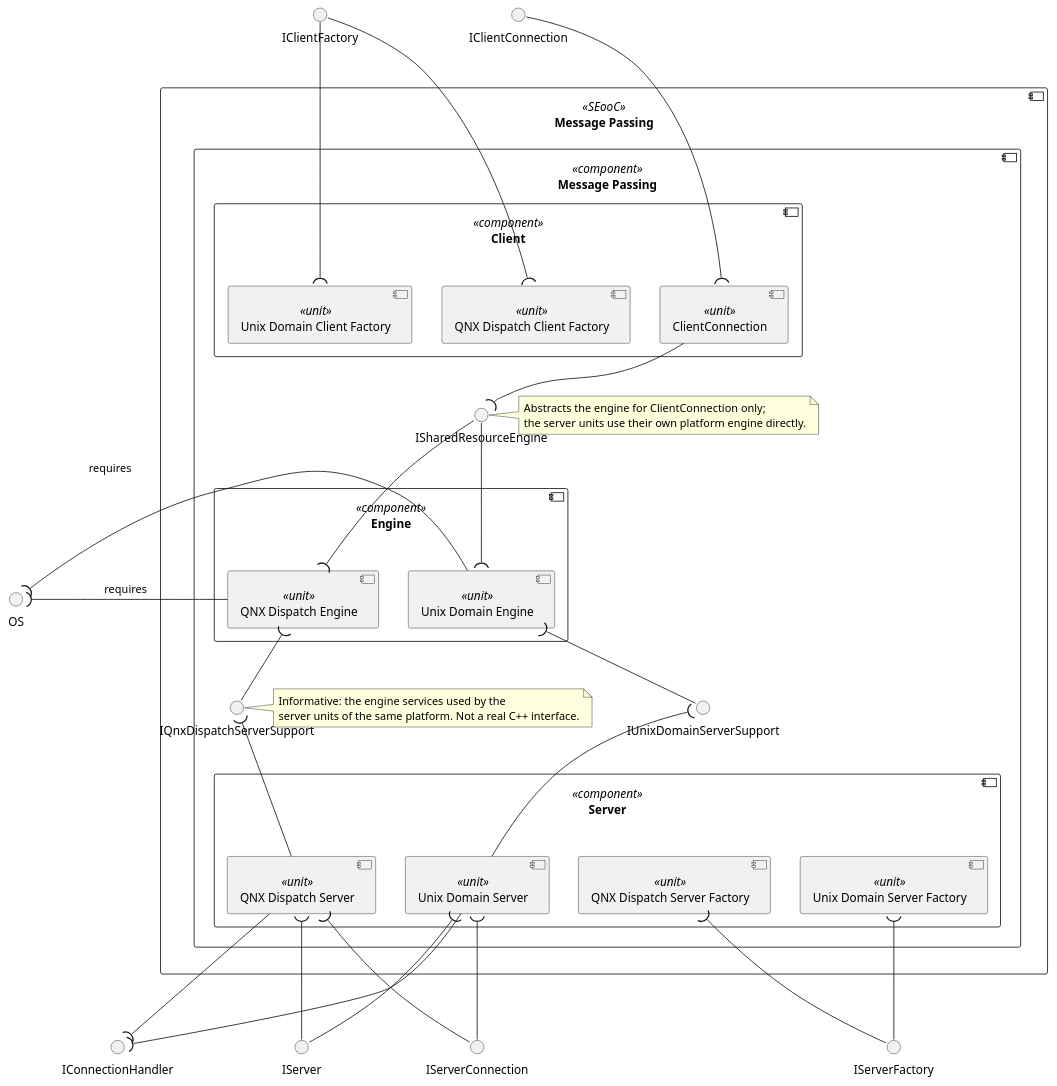
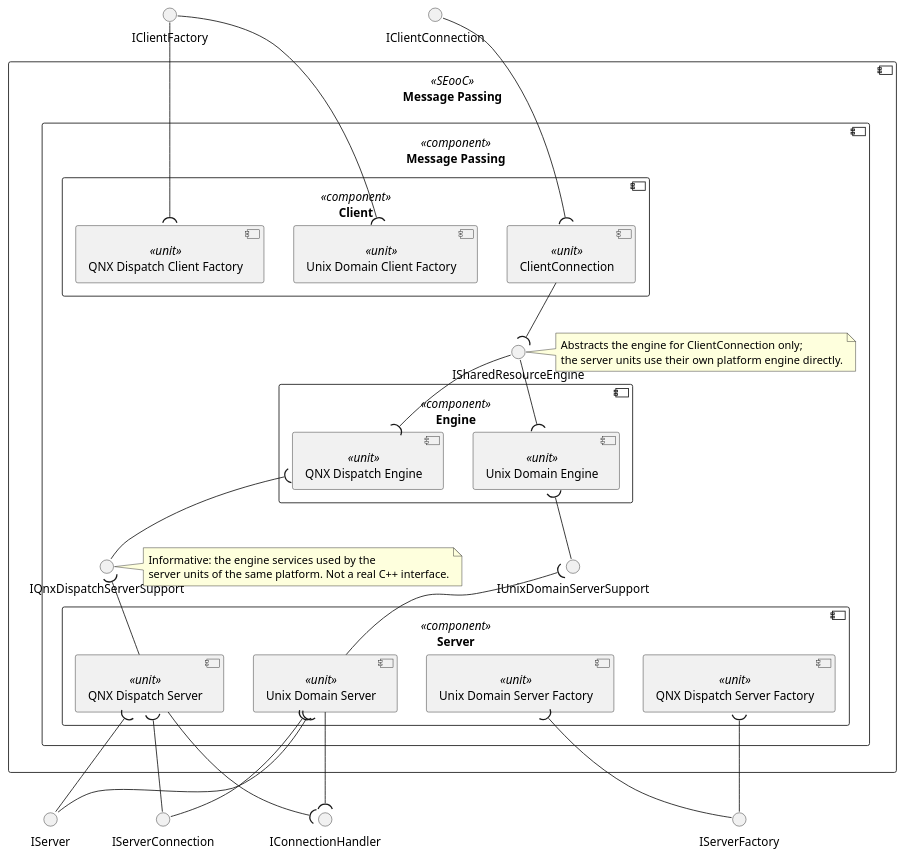
Before and after one commit to eclipse-score/communication: the diagram in score/message_passing/dependability/software_architectural_design/static_design.puml, drawn with PlantUML. The commit also changed 1 other file, not shown here.

Commit message:
message_passing: remove "OS" from public API

```diff
--- a/score/message_passing/dependability/software_architectural_design/static_design.puml
+++ b/score/message_passing/dependability/software_architectural_design/static_design.puml
@@ -14,85 +14,80 @@
 @startuml
 
 interface "IClientConnection" as IClientConnection
 interface "IClientFactory" as IClientFactory
 interface "IServer" as IServer
 interface "IServerFactory" as IServerFactory
 interface "IServerConnection" as IServerConnection
 interface "IConnectionHandler" as IConnectionHandler
-interface "OS" as os
 
 component "Message Passing" as dependable_element_message_passing <<SEooC>> {
 
     component "Message Passing" as component_message_passing <<component>> {
 
         component "Client" as client <<component>> {
             component "ClientConnection" as client_connection <<unit>>
             component "Unix Domain Client Factory" as unix_domain_client_factory <<unit>>
             component "QNX Dispatch Client Factory" as qnx_dispatch_client_factory <<unit>>
         }
 
         component "Engine" as engine <<component>> {
             component "Unix Domain Engine" as unix_domain_engine <<unit>>
             component "QNX Dispatch Engine" as qnx_dispatch_engine <<unit>>
         }
 
         component "Server" as server <<component>> {
             component "Unix Domain Server" as unix_domain_server <<unit>>
             component "QNX Dispatch Server" as qnx_dispatch_server <<unit>>
             component "Unix Domain Server Factory" as unix_domain_server_factory <<unit>>
             component "QNX Dispatch Server Factory" as qnx_dispatch_server_factory <<unit>>
         }
 
         interface "ISharedResourceEngine" as ISharedResourceEngine
         interface "IUnixDomainServerSupport" as IUnixDomainServerSupport
         interface "IQnxDispatchServerSupport" as IQnxDispatchServerSupport
         note right of ISharedResourceEngine : Abstracts the engine for ClientConnection only;\nthe server units use their own platform engine directly.
         note right of IQnxDispatchServerSupport : Informative: the engine services used by the\nserver units of the same platform. Not a real C++ interface.
 
         client_connection -d-( ISharedResourceEngine
         unix_domain_engine )-u- ISharedResourceEngine
         qnx_dispatch_engine )-u- ISharedResourceEngine
 
         unix_domain_server -u-( IUnixDomainServerSupport
         unix_domain_engine )-d- IUnixDomainServerSupport
 
         qnx_dispatch_server -u-( IQnxDispatchServerSupport
         qnx_dispatch_engine )-d- IQnxDispatchServerSupport
 
         qnx_dispatch_client_factory -l[hidden]- unix_domain_client_factory
         unix_domain_client_factory -l[hidden]- client_connection
 
         unix_domain_engine -l[hidden]- qnx_dispatch_engine
 
         unix_domain_server -l[hidden]- qnx_dispatch_server
         qnx_dispatch_server -l[hidden]- unix_domain_server_factory
         qnx_dispatch_server_factory -l[hidden]- unix_domain_server_factory
     }
 }
 
 client_connection )-u- IClientConnection
 unix_domain_client_factory )-u- IClientFactory
 qnx_dispatch_client_factory )-u- IClientFactory
 
 unix_domain_server )-d- IServer
 qnx_dispatch_server )-d- IServer
 unix_domain_server )-d- IServerConnection
 qnx_dispatch_server )-d- IServerConnection
 unix_domain_server_factory )-d- IServerFactory
 qnx_dispatch_server_factory )-d- IServerFactory
 unix_domain_server -d-( IConnectionHandler
 qnx_dispatch_server -d-( IConnectionHandler
 
-unix_domain_engine -l-( os : requires
-qnx_dispatch_engine -l-( os : requires
-
 ' SEooC boundary relations (not drawn; the interfaces above cross the boundary)
 dependable_element_message_passing -[hidden]- IClientConnection
 dependable_element_message_passing -[hidden]- IClientFactory
 dependable_element_message_passing -[hidden]- IServer
 dependable_element_message_passing -[hidden]- IServerFactory
 dependable_element_message_passing -[hidden]- IServerConnection
 dependable_element_message_passing -[hidden]- IConnectionHandler
-dependable_element_message_passing -[hidden]- "os"
 
 @enduml
```
